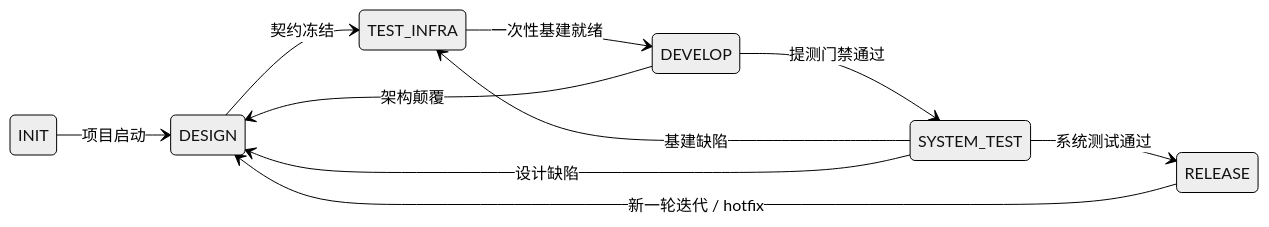
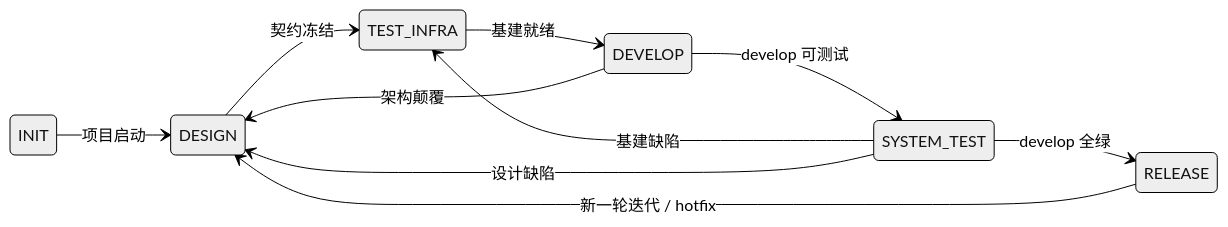
One commit to vlln/devloop changed the diagram in skills/devloop/SKILL.md. Above: the diagram before and after it, drawn with Mermaid (neutral theme). The commit also changed other lines of this file and 9 other files, not shown here.

````diff
--- a/skills/devloop/SKILL.md
+++ b/skills/devloop/SKILL.md
@@ -12,13 +12,13 @@
 ```mermaid
 stateDiagram-v2
     direction LR
     INIT --> DESIGN : 项目启动
     DESIGN --> TEST_INFRA : 契约冻结
-    TEST_INFRA --> DEVELOP : 一次性基建就绪
-    DEVELOP --> SYSTEM_TEST : 提测门禁通过
-    SYSTEM_TEST --> RELEASE : 系统测试通过
+    TEST_INFRA --> DEVELOP : 基建就绪
+    DEVELOP --> SYSTEM_TEST : develop 可测试
+    SYSTEM_TEST --> RELEASE : develop 全绿
     DEVELOP --> DESIGN : 架构颠覆
     SYSTEM_TEST --> TEST_INFRA : 基建缺陷
     SYSTEM_TEST --> DESIGN : 设计缺陷
     RELEASE --> DESIGN : 新一轮迭代 / hotfix
 ```
````
